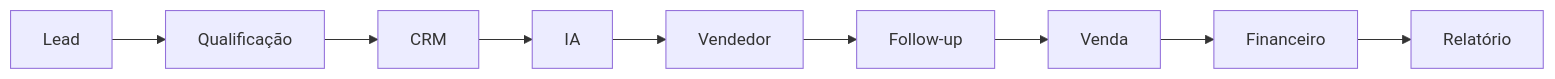
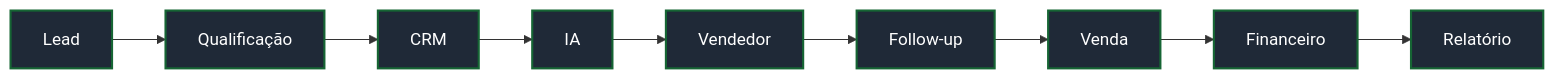
One commit to StackBlackzada/.github changed the fifth of 16 diagrams in profile/README.md. Above: the diagram before and after it, drawn with Mermaid. The commit also changed other lines of this file, not shown here.

````diff
--- a/profile/README.md
+++ b/profile/README.md
@@ -230,4 +446,6 @@
 ```mermaid
 flowchart LR
     L1["Lead"] --> L2["Qualificação"] --> L3["CRM"] --> L4["IA"] --> L5["Vendedor"] --> L6["Follow-up"] --> L7["Venda"] --> L8["Financeiro"] --> L9["Relatório"]
+    classDef d fill:#1F2937,stroke:#166534,color:#fff,stroke-width:2px
+    class L1,L2,L3,L4,L5,L6,L7,L8,L9 d
 ```
````
